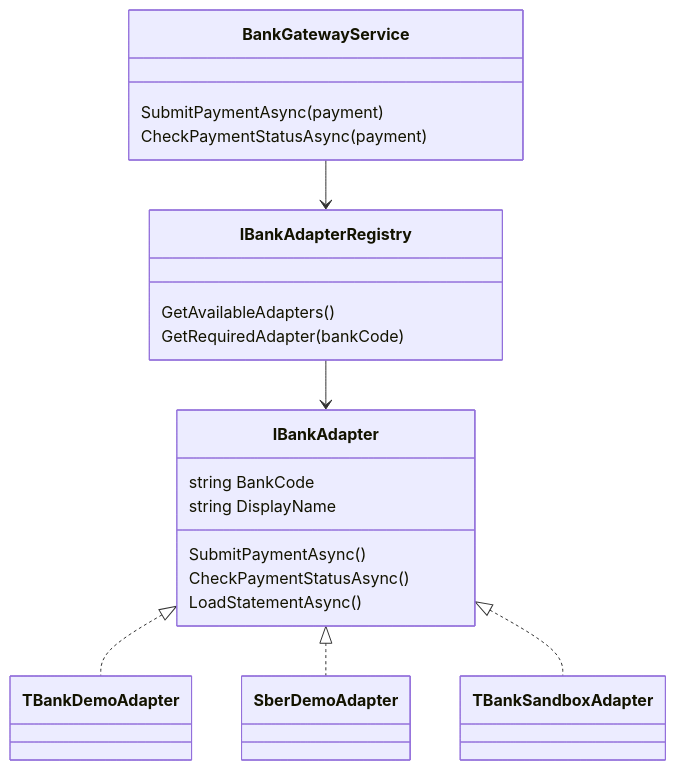
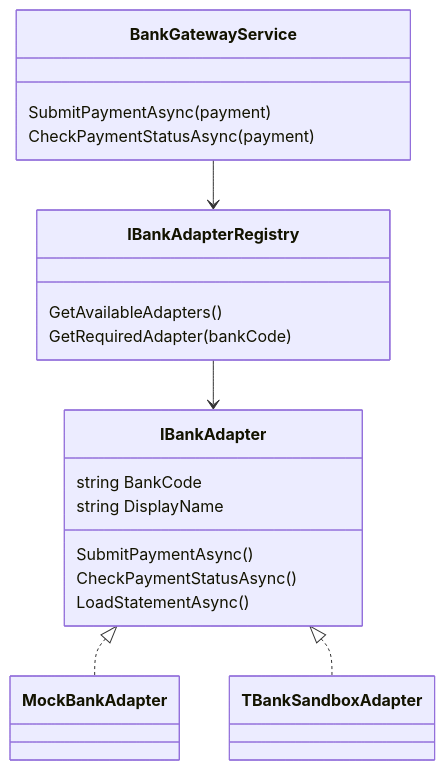
Before and after one commit to shahpahtah/VKR_OpenPay: the third of 5 diagrams in docs/vkr/ARCHITECTURE.md, drawn with Mermaid. The commit also changed other lines of this file and 15 other files, not shown here.

Commit message:
Fix admin access and mock bank adapter

````diff
--- a/docs/vkr/ARCHITECTURE.md
+++ b/docs/vkr/ARCHITECTURE.md
@@ -184,30 +183,28 @@
 ```mermaid
 classDiagram
     class IBankAdapter {
         string BankCode
         string DisplayName
         SubmitPaymentAsync()
         CheckPaymentStatusAsync()
         LoadStatementAsync()
     }
 
     class IBankAdapterRegistry {
         GetAvailableAdapters()
         GetRequiredAdapter(bankCode)
     }
 
     class BankGatewayService {
         SubmitPaymentAsync(payment)
         CheckPaymentStatusAsync(payment)
     }
 
-    class TBankDemoAdapter
-    class SberDemoAdapter
+    class MockBankAdapter
     class TBankSandboxAdapter
 
-    IBankAdapter <|.. TBankDemoAdapter
-    IBankAdapter <|.. SberDemoAdapter
+    IBankAdapter <|.. MockBankAdapter
     IBankAdapter <|.. TBankSandboxAdapter
     BankGatewayService --> IBankAdapterRegistry
     IBankAdapterRegistry --> IBankAdapter
 ```
````
